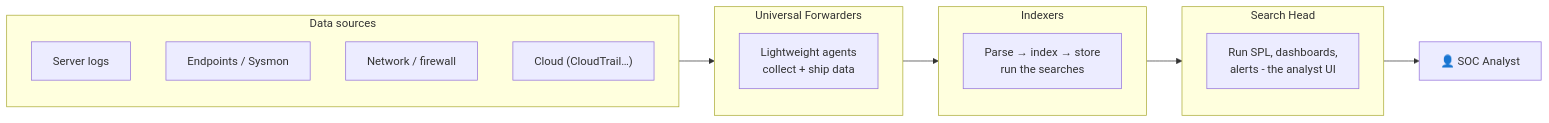
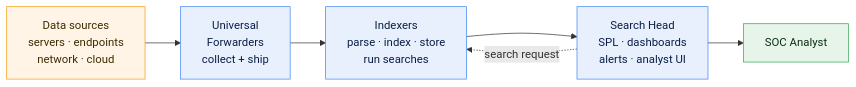
One commit to SasanTazayoni/splunk-soc changed the second of 3 diagrams in README.md. Above: the diagram before and after it, drawn with Mermaid. The commit also changed other lines of this file, not shown here.

Commit message:
Redesign diagrams for clarity

````diff
--- a/README.md
+++ b/README.md
@@ -608,23 +599,19 @@
 ```mermaid
 flowchart LR
-    subgraph Sources["Data sources"]
-        S1["Server logs"]
-        S2["Endpoints / Sysmon"]
-        S3["Network / firewall"]
-        S4["Cloud (CloudTrail…)"]
-    end
+    classDef src fill:#fff4e5,stroke:#f39c12,color:#3d2c00;
+    classDef mid fill:#e8f0fe,stroke:#4285f4,color:#0b1f44;
+    classDef endp fill:#e6f4ea,stroke:#34a853,color:#0b2e13;
 
-    subgraph UF["Universal Forwarders"]
-        F1["Lightweight agents<br/>collect + ship data"]
-    end
+    SRC["Data sources<br/>servers · endpoints<br/>network · cloud"]
+    UF["Universal<br/>Forwarders<br/>collect + ship"]
+    IDX["Indexers<br/>parse · index · store<br/>run searches"]
+    SH["Search Head<br/>SPL · dashboards<br/>alerts · analyst UI"]
+    AN["SOC Analyst"]
 
-    subgraph IDX["Indexers"]
-        I1["Parse → index → store<br/>run the searches"]
-    end
+    SRC --> UF --> IDX --> SH --> AN
+    SH -. "search request" .-> IDX
 
-    subgraph SH["Search Head"]
-        H1["Run SPL, dashboards,<br/>alerts - the analyst UI"]
-    end
-
-    Sources --> UF --> IDX --> SH --> Analyst["👤 SOC Analyst"]
+    class SRC src
+    class UF,IDX,SH mid
+    class AN endp
 ```
````
